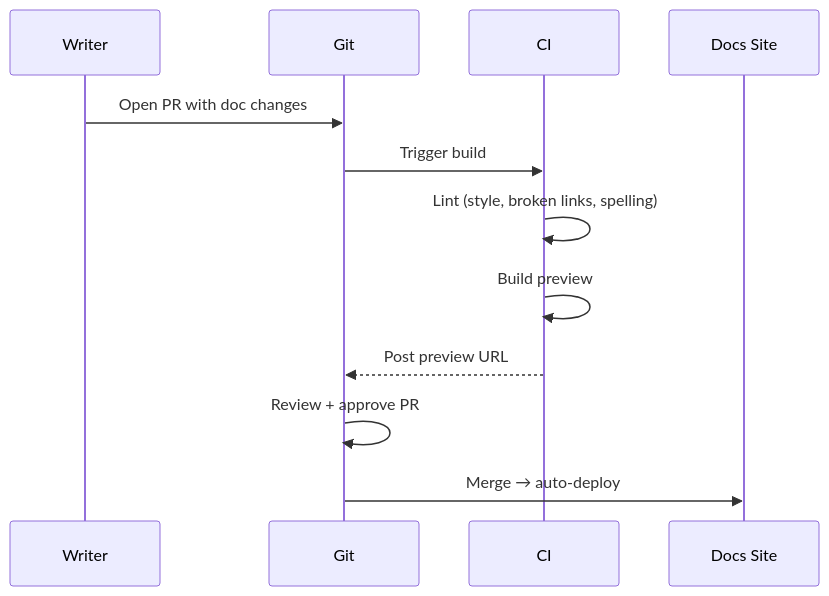
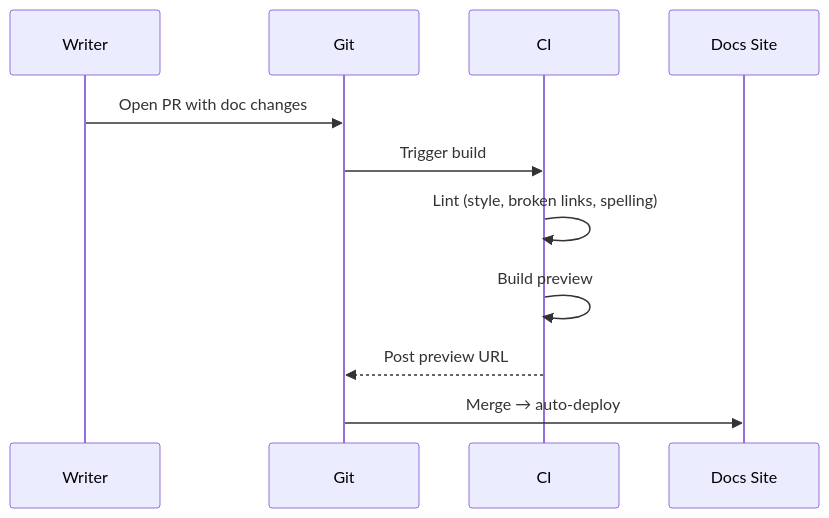
Before and after one commit to BakhodiribnYashinibnMansur/SeniorProject: the first of 4 diagrams in Roadmap/Soft-Skills/technical-writer/TEMPLATE.md, drawn with Mermaid. The commit also changed other lines of this file and 17 other files, not shown here.

First line of the commit message:
update TEMPLATE.md files: add new roadmaps, fix SQL template, improve existing templates

````diff
--- a/Roadmap/Soft-Skills/technical-writer/TEMPLATE.md
+++ b/Roadmap/Soft-Skills/technical-writer/TEMPLATE.md
@@ -371,14 +244,13 @@
 ```mermaid
 sequenceDiagram
     participant Writer
     participant Git
     participant CI
-    participant Docs Site
+    participant Docs as Docs Site
     Writer->>Git: Open PR with doc changes
     Git->>CI: Trigger build
     CI->>CI: Lint (style, broken links, spelling)
     CI->>CI: Build preview
     CI-->>Git: Post preview URL
-    Git->>Git: Review + approve PR
-    Git->>Docs Site: Merge → auto-deploy
+    Git->>Docs: Merge → auto-deploy
 ```
````
